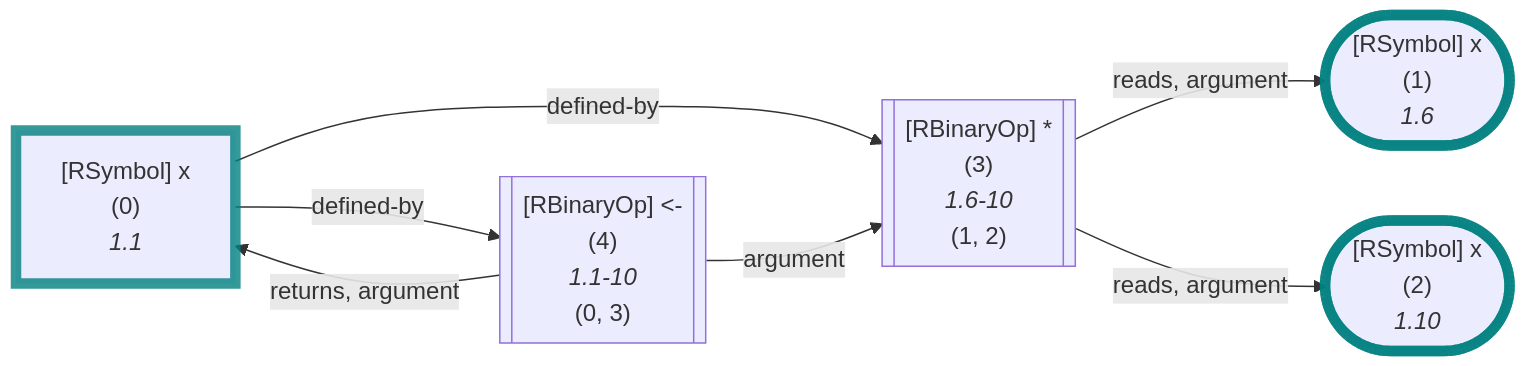
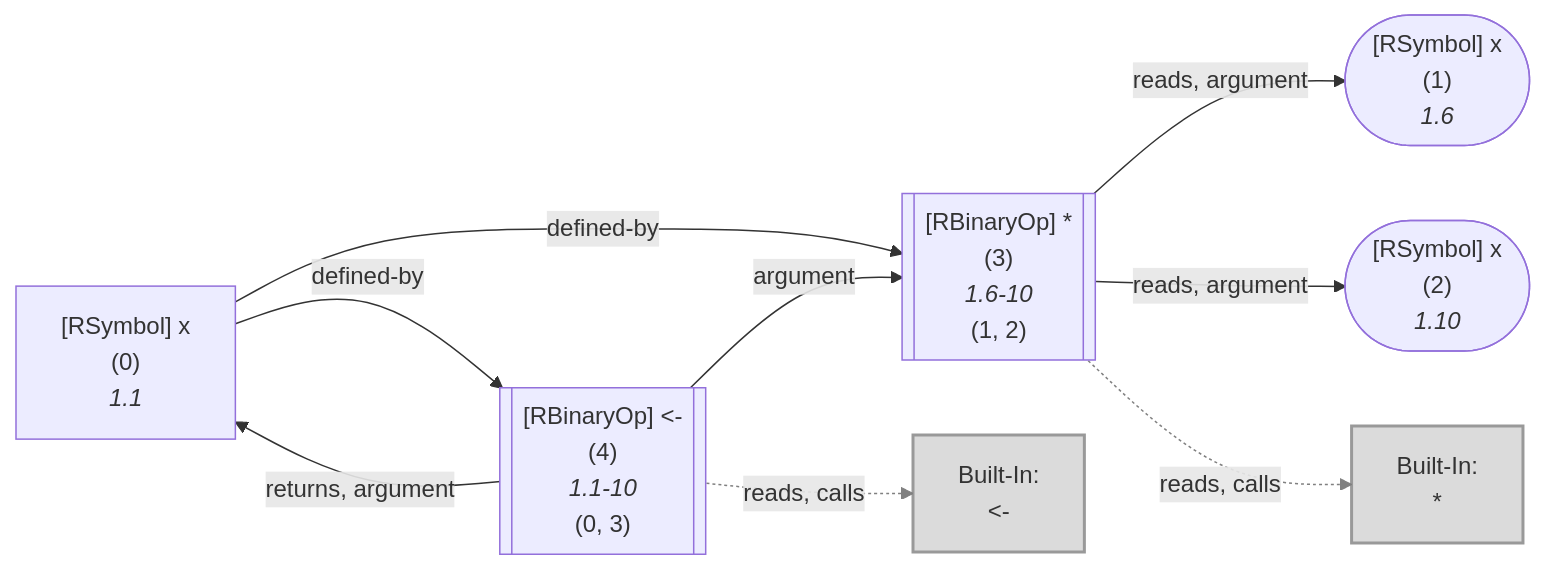
One commit to flowr-analysis/flowr changed the second of 4 diagrams in wiki/Search API.md. Above: the diagram before and after it, drawn with Mermaid. The commit also changed other lines of this file and 339 other files, not shown here.

````diff
--- a/wiki/Search API.md
+++ b/wiki/Search API.md
@@ -72,29 +72,36 @@
 ```mermaid
 flowchart LR
     1(["`#91;RSymbol#93; x
       (1)
       *1.6*`"])
-    style 1 stroke:teal,stroke-width:7px,stroke-opacity:.8; 
     2(["`#91;RSymbol#93; x
       (2)
       *1.10*`"])
-    style 2 stroke:teal,stroke-width:7px,stroke-opacity:.8; 
     3[["`#91;RBinaryOp#93; #42;
       (3)
       *1.6-10*
     (1, 2)`"]]
+    built-in:_["`Built-In:
+#42;`"]
+    style built-in:_ stroke:gray,fill:lightgray,stroke-width:2px,opacity:.8;
     0["`#91;RSymbol#93; x
       (0)
       *1.1*`"]
-    style 0 stroke:teal,stroke-width:7px,stroke-opacity:.8; 
     4[["`#91;RBinaryOp#93; #60;#45;
       (4)
       *1.1-10*
     (0, 3)`"]]
+    built-in:_-["`Built-In:
+#60;#45;`"]
+    style built-in:_- stroke:gray,fill:lightgray,stroke-width:2px,opacity:.8;
     3 -->|"reads, argument"| 1
     3 -->|"reads, argument"| 2
+    3 -.->|"reads, calls"| built-in:_
+    linkStyle 2 stroke:gray;
     0 -->|"defined-by"| 3
     0 -->|"defined-by"| 4
     4 -->|"argument"| 3
     4 -->|"returns, argument"| 0
+    4 -.->|"reads, calls"| built-in:_-
+    linkStyle 7 stroke:gray;
 ```
````
